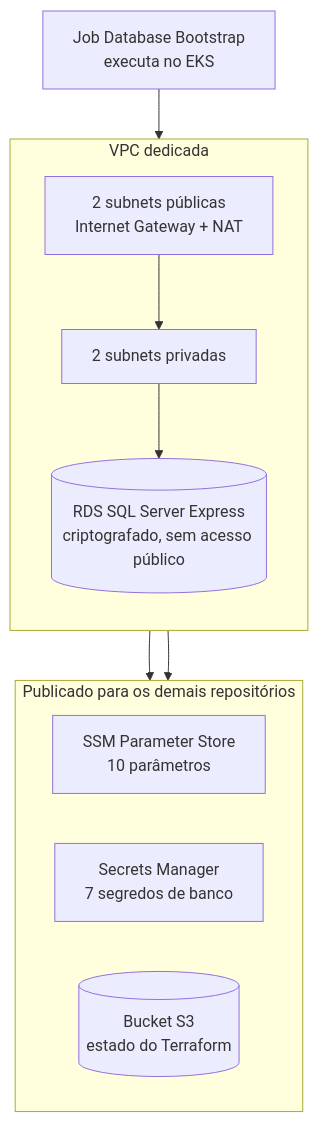
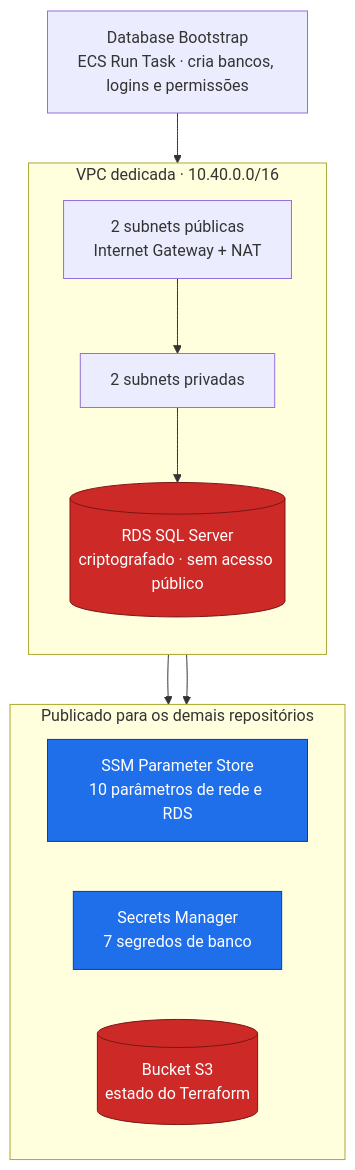
Before and after one commit to fabianorodrigues/oficina-infra-db-fiap-fase4: the diagram in README.md, drawn with Mermaid. The commit also changed other lines of this file, not shown here.

Commit message:
docs: alinhar README ao fluxo ECS Fargate e documentar roles do bootstrap

````diff
--- a/README.md
+++ b/README.md
@@ -75,21 +66,28 @@
 ```mermaid
 flowchart TB
-    subgraph VPC["VPC dedicada"]
+    subgraph VPC["VPC dedicada · 10.40.0.0/16"]
         direction TB
         Pub["2 subnets públicas<br/>Internet Gateway + NAT"]
         Priv["2 subnets privadas"]
-        RDS[("RDS SQL Server Express<br/>criptografado, sem acesso público")]
+        RDS[("RDS SQL Server<br/>criptografado · sem acesso público")]
         Pub --> Priv --> RDS
     end
 
     subgraph Contratos["Publicado para os demais repositórios"]
         direction LR
-        SSM["SSM Parameter Store<br/>10 parâmetros"]
+        SSM["SSM Parameter Store<br/>10 parâmetros de rede e RDS"]
         SM["Secrets Manager<br/>7 segredos de banco"]
         S3[("Bucket S3<br/>estado do Terraform")]
     end
 
+    Bootstrap["Database Bootstrap<br/>ECS Run Task · cria bancos, logins e permissões"]
+
     VPC --> SSM
     VPC --> SM
-    Bootstrap["Job Database Bootstrap<br/>executa no EKS"] --> RDS
+    Bootstrap --> RDS
+
+    classDef data fill:#CC2927,stroke:#7a1717,color:#fff
+    classDef pub fill:#1f6feb,stroke:#0b3d91,color:#fff
+    class RDS,S3 data
+    class SSM,SM pub
 ```
````
